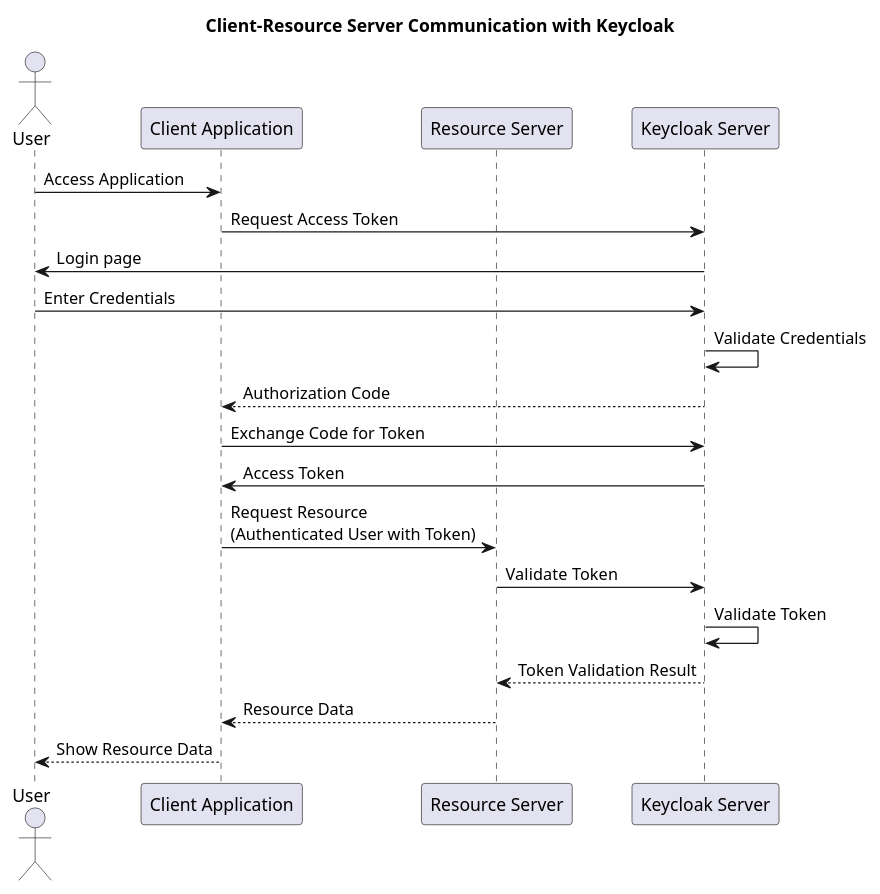
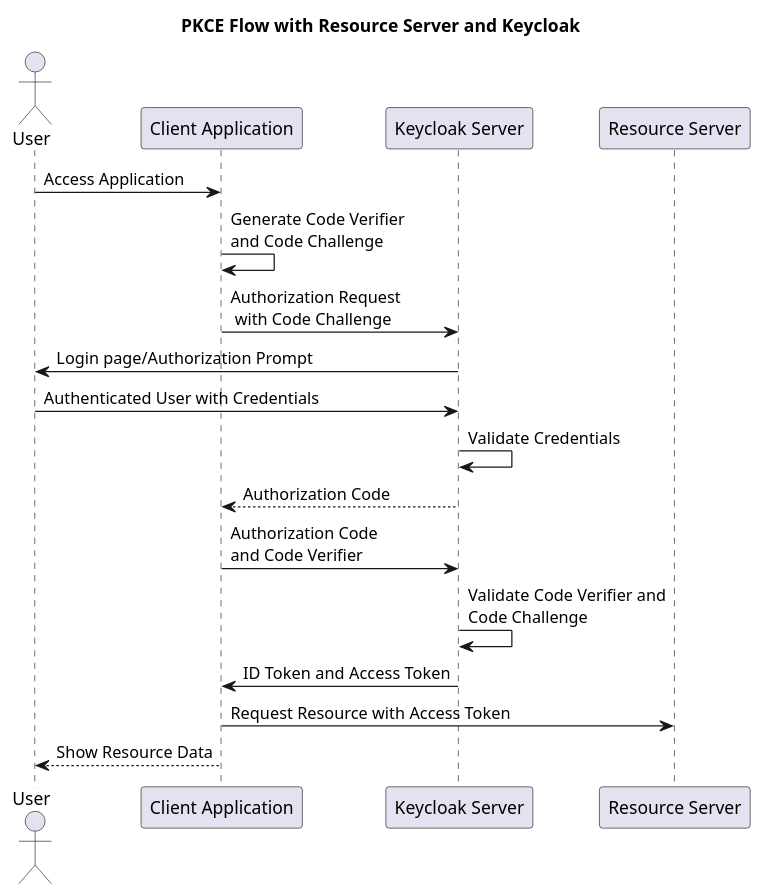
One commit to SeenamZaSodaSingha/Spring-Angular-KC changed the diagram in daigram.wsd. Above: the diagram before and after it, drawn with PlantUML. The commit also changed 2 other files, not shown here.

```diff
--- a/daigram.wsd
+++ b/daigram.wsd
@@ -1,26 +1,25 @@
 @startuml ClientResourceServerAuthUML
 
-title Client-Resource Server Communication with Keycloak
+title PKCE Flow with Resource Server and Keycloak
 
 actor User as User
 participant "Client Application" as Client
+participant "Keycloak Server" as Keycloak
 participant "Resource Server" as ResourceServer
-participant "Keycloak Server" as Keycloak
+
 
 
 User -> Client: Access Application
-Client -> Keycloak: Request Access Token
-Keycloak -> User: Login page
-User -> Keycloak: Enter Credentials
+Client -> Client: Generate Code Verifier\nand Code Challenge
+Client -> Keycloak: Authorization Request\n with Code Challenge
+Keycloak -> User: Login page/Authorization Prompt
+User -> Keycloak: Authenticated User with Credentials
 Keycloak -> Keycloak: Validate Credentials
 Keycloak --> Client: Authorization Code
-Client -> Keycloak: Exchange Code for Token
-Keycloak -> Client: Access Token
-Client -> ResourceServer: Request Resource\n(Authenticated User with Token)
-ResourceServer -> Keycloak: Validate Token
-Keycloak -> Keycloak: Validate Token
-Keycloak --> ResourceServer: Token Validation Result
-ResourceServer --> Client: Resource Data
+Client -> Keycloak: Authorization Code\nand Code Verifier
+Keycloak -> Keycloak: Validate Code Verifier and\nCode Challenge
+Keycloak -> Client: ID Token and Access Token
+Client -> ResourceServer: Request Resource with Access Token
 Client --> User: Show Resource Data
 
 @enduml
```
